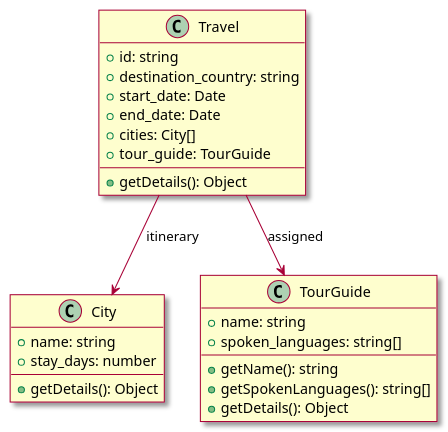
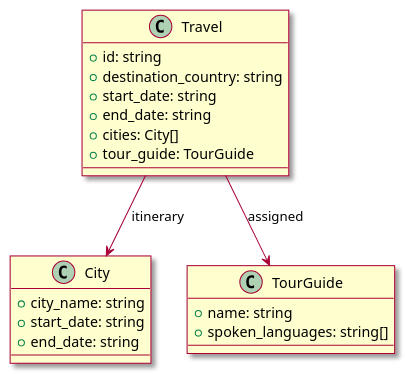
Before and after one commit to lucasmouette/Webtech_App: the diagram in docs/travelbuddy.puml, drawn with PlantUML.

Commit message:
Update class diagramm

```diff
--- a/docs/travelbuddy.puml
+++ b/docs/travelbuddy.puml
@@ -3,33 +3,26 @@
 @startuml
 skin rose
 
 class Travel {
   +id: string
   +destination_country: string
-  +start_date: Date
-  +end_date: Date
+  +start_date: string
+  +end_date: string
   +cities: City[]
   +tour_guide: TourGuide
-  
-  +getDetails(): Object
 }
 
 class City {
-  +name: string
-  +stay_days: number
-
-  +getDetails(): Object
+  +city_name: string
+  +start_date: string
+  +end_date: string
 }
 
 class TourGuide {
   +name: string
   +spoken_languages: string[]
-
-  +getName(): string
-  +getSpokenLanguages(): string[]
-  +getDetails(): Object
 }
 
 Travel --> City : itinerary
 Travel --> TourGuide : assigned
 @enduml
```
